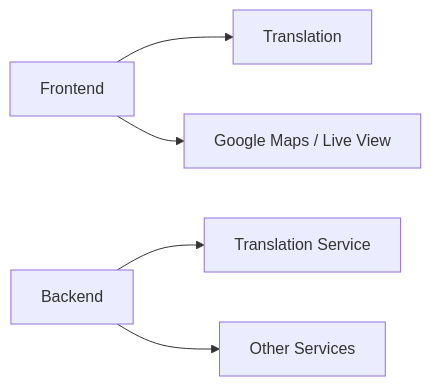
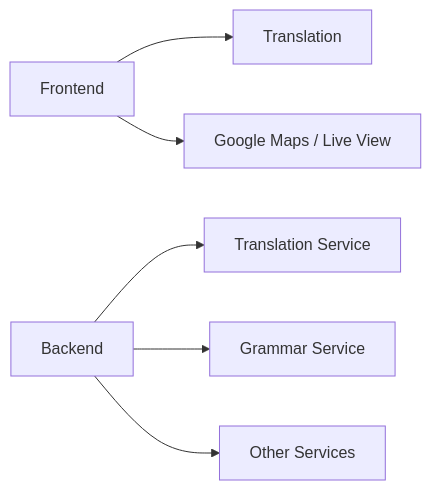
The fourth of 7 diagrams in ARCHITECTURE.md (CNVN2024-2-Boiz/etsubi), drawn with Mermaid before and after one commit. The commit also changed other lines of this file, not shown here.

Commit message:
update architecture

````diff
--- a/ARCHITECTURE.md
+++ b/ARCHITECTURE.md
@@ -469,8 +482,9 @@
 ```mermaid
 flowchart LR
     FE["Frontend"] --> Translation["Translation"]
     FE --> Maps["Google Maps / Live View"]
 
     BE["Backend"] --> TranslationAPI["Translation Service"]
+    BE --> Grammar["Grammar Service"]
     BE --> Other["Other Services"]
 ```
````
